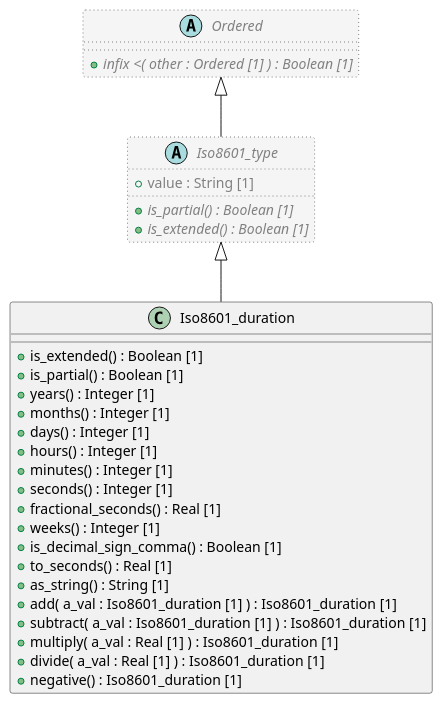
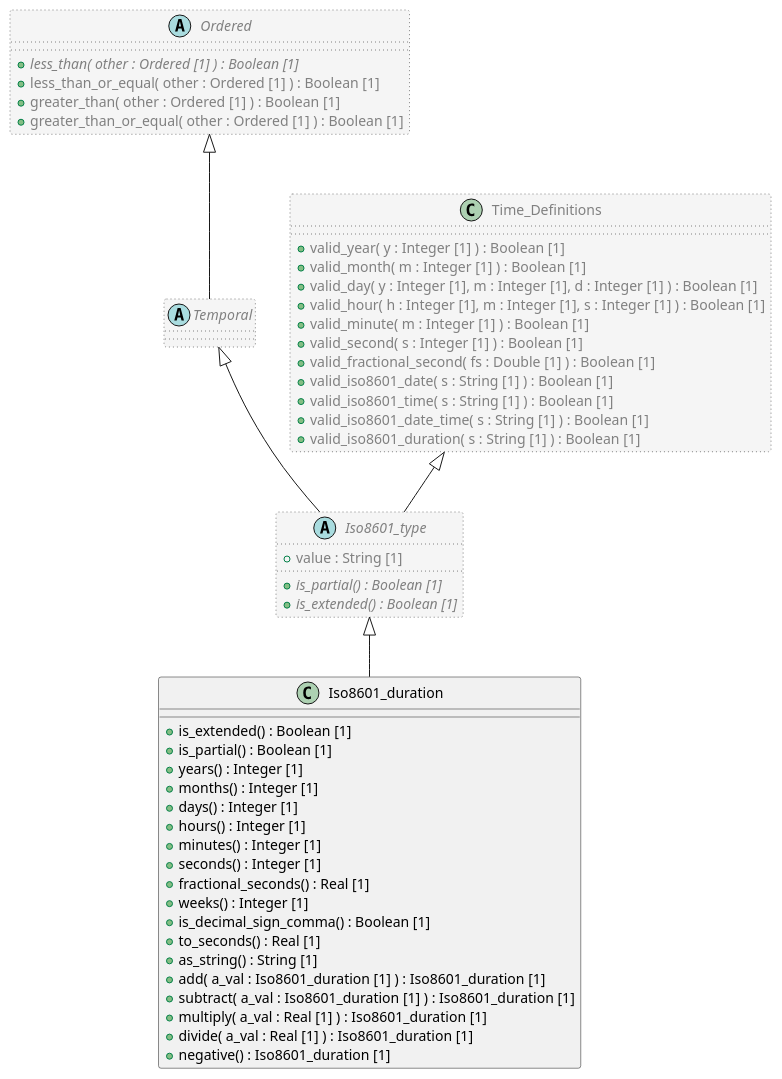
Before and after one commit to sebastian-iancu/code-generator: the diagram in code/Adoc/openehr_base_1.3.0/plantUML/classes/org.openehr.base.foundation_types.iso8601_duration.adoc, drawn with PlantUML. The commit also changed 719 other files, not shown here.

```diff
--- a/code/Adoc/openehr_base_1.3.0/plantUML/classes/org.openehr.base.foundation_types.iso8601_duration.adoc
+++ b/code/Adoc/openehr_base_1.3.0/plantUML/classes/org.openehr.base.foundation_types.iso8601_duration.adoc
@@ -1,42 +1,66 @@
 [plantuml,Iso8601_duration,format=svg,svg-type="inline"]
 -----
 @startuml
 
 class Iso8601_duration {
   + is_extended() : Boolean [1]
   + is_partial() : Boolean [1]
   + years() : Integer [1]
   + months() : Integer [1]
   + days() : Integer [1]
   + hours() : Integer [1]
   + minutes() : Integer [1]
   + seconds() : Integer [1]
   + fractional_seconds() : Real [1]
   + weeks() : Integer [1]
   + is_decimal_sign_comma() : Boolean [1]
   + to_seconds() : Real [1]
   + as_string() : String [1]
   + add( a_val : Iso8601_duration [1] ) : Iso8601_duration [1]
   + subtract( a_val : Iso8601_duration [1] ) : Iso8601_duration [1]
   + multiply( a_val : Real [1] ) : Iso8601_duration [1]
   + divide( a_val : Real [1] ) : Iso8601_duration [1]
   + negative() : Iso8601_duration [1]
 }
 
 abstract class Iso8601_type  #whitesmoke;line:gray;line.dotted;text:gray {
   + value : String [1]
   + {abstract} is_partial() : Boolean [1]
   + {abstract} is_extended() : Boolean [1]
 }
 
-abstract class Ordered  #whitesmoke;line:gray;line.dotted;text:gray {
-  + {abstract} infix <( other : Ordered [1] ) : Boolean [1]
+abstract class Temporal  #whitesmoke;line:gray;line.dotted;text:gray {
 }
 
-Ordered <|-- Iso8601_type
+abstract class Ordered  #whitesmoke;line:gray;line.dotted;text:gray {
+  + {abstract} less_than( other : Ordered [1] ) : Boolean [1]
+  + less_than_or_equal( other : Ordered [1] ) : Boolean [1]
+  + greater_than( other : Ordered [1] ) : Boolean [1]
+  + greater_than_or_equal( other : Ordered [1] ) : Boolean [1]
+}
+
+Ordered <|-- Temporal
+
+Temporal <|-- Iso8601_type
+
+class Time_Definitions  #whitesmoke;line:gray;line.dotted;text:gray {
+  + valid_year( y : Integer [1] ) : Boolean [1]
+  + valid_month( m : Integer [1] ) : Boolean [1]
+  + valid_day( y : Integer [1], m : Integer [1], d : Integer [1] ) : Boolean [1]
+  + valid_hour( h : Integer [1], m : Integer [1], s : Integer [1] ) : Boolean [1]
+  + valid_minute( m : Integer [1] ) : Boolean [1]
+  + valid_second( s : Integer [1] ) : Boolean [1]
+  + valid_fractional_second( fs : Double [1] ) : Boolean [1]
+  + valid_iso8601_date( s : String [1] ) : Boolean [1]
+  + valid_iso8601_time( s : String [1] ) : Boolean [1]
+  + valid_iso8601_date_time( s : String [1] ) : Boolean [1]
+  + valid_iso8601_duration( s : String [1] ) : Boolean [1]
+}
+
+Time_Definitions <|-- Iso8601_type
 
 Iso8601_type <|-- Iso8601_duration
 
 
 @enduml
 -----
```
